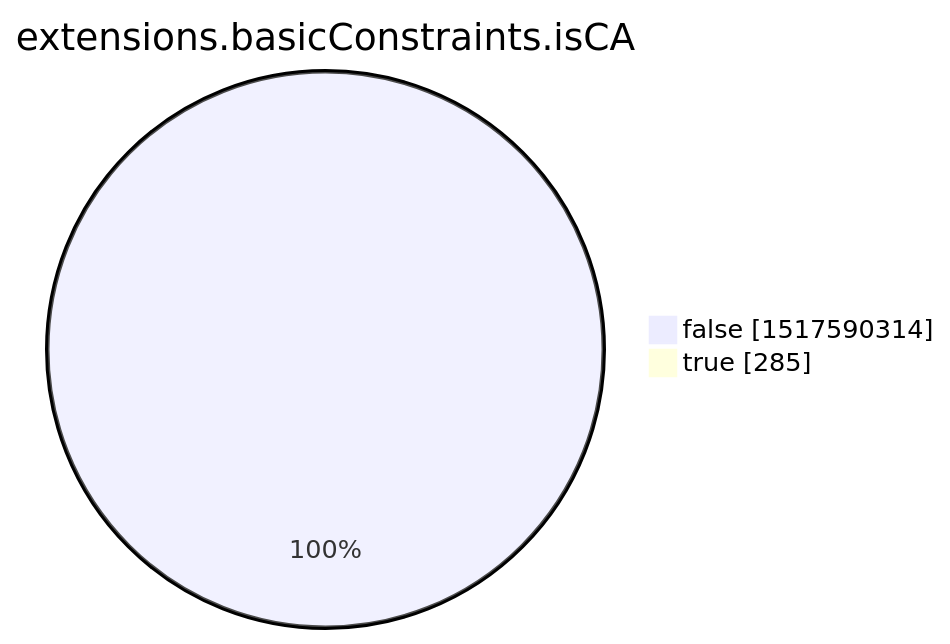
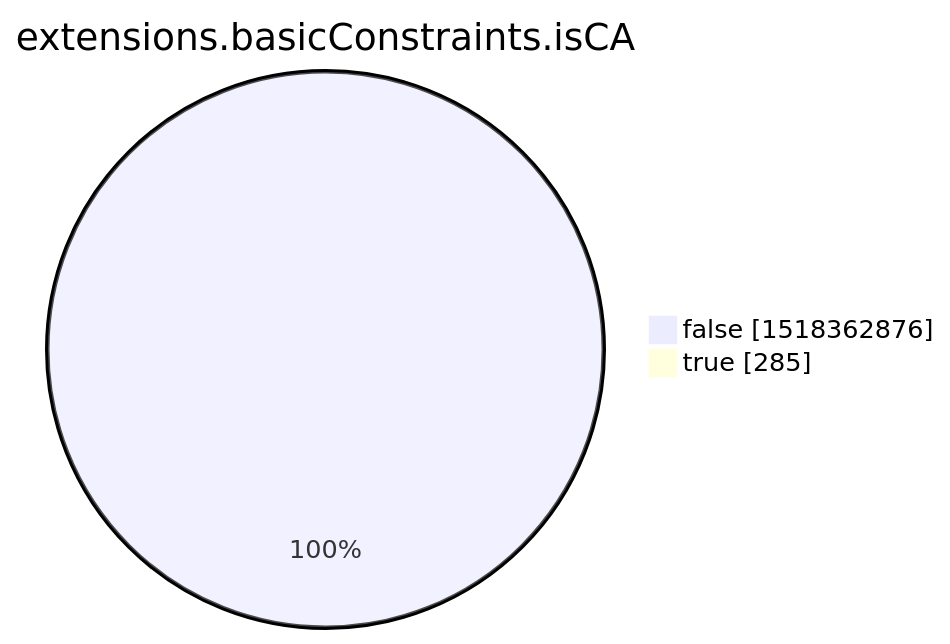
Before and after one commit to christiankrug/ctmonitor_visualization: the eighth of 15 diagrams in xenon2022/README.md, drawn with Mermaid. The commit also changed other lines of this file, not shown here.

````diff
--- a/xenon2022/README.md
+++ b/xenon2022/README.md
@@ -2855,6 +2855,6 @@
 ```mermaid
 pie showData
 title extensions.basicConstraints.isCA
-"false" :1517590314
+"false" :1518362876
 "true" :285
 ```
````
